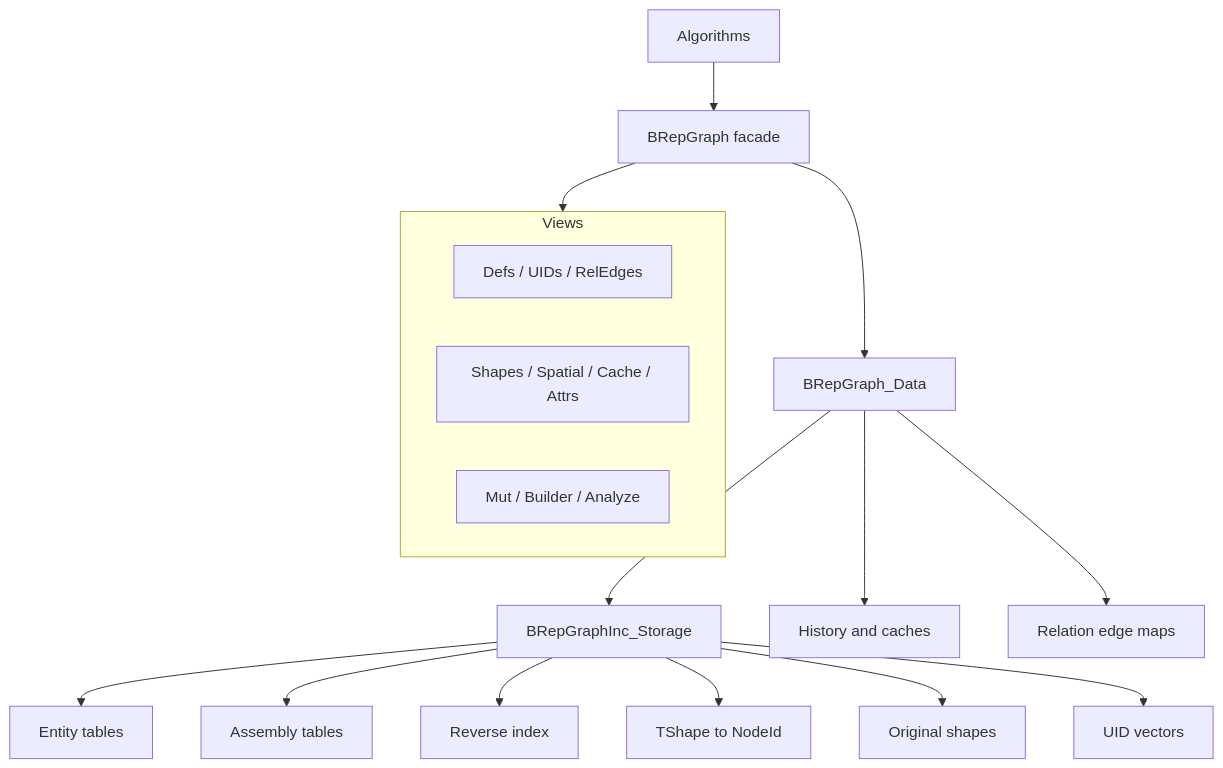
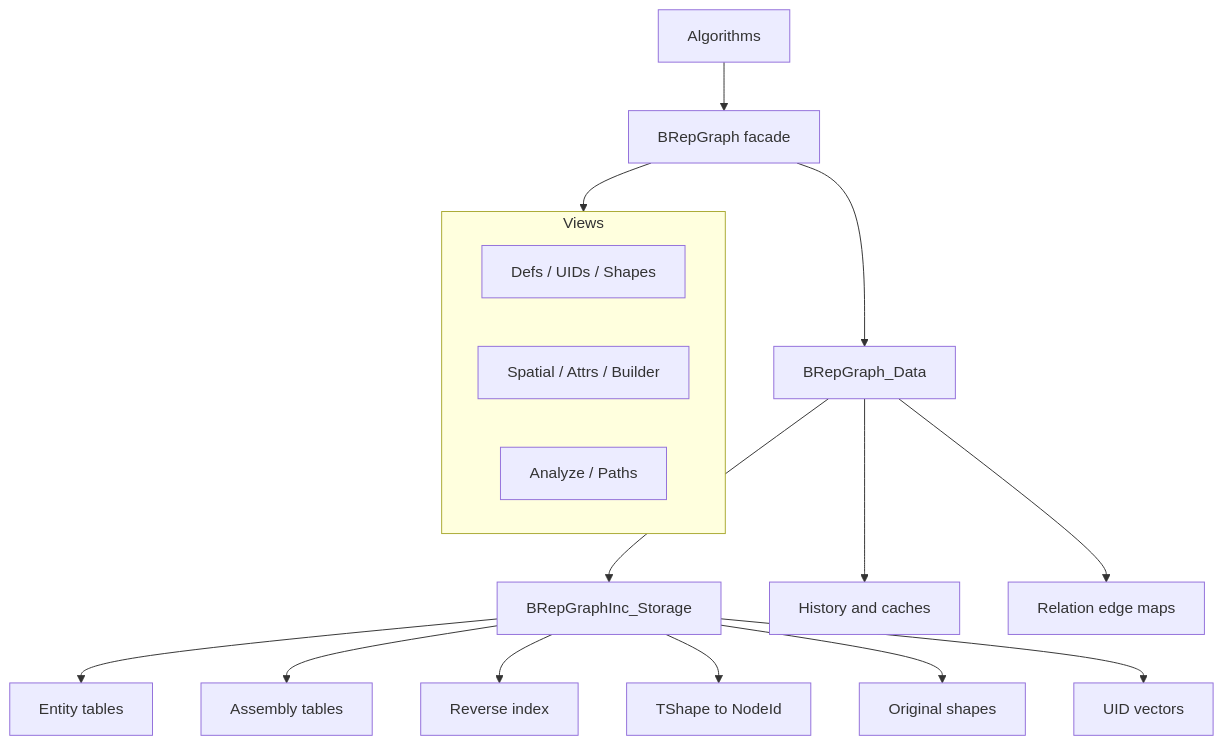
Before and after one commit to Open-Cascade-SAS/OCCT: the first of 4 diagrams in src/ModelingData/TKBRep/BRepGraph/README.md, drawn with Mermaid. The commit also changed other lines of this file and 4 other files, not shown here.

````diff
--- a/src/ModelingData/TKBRep/BRepGraph/README.md
+++ b/src/ModelingData/TKBRep/BRepGraph/README.md
@@ -31,23 +31,23 @@
 ```mermaid
 flowchart TB
   A[Algorithms] --> G[BRepGraph facade]
 
   subgraph Views
-    V1[Defs / UIDs / RelEdges]
-    V2[Shapes / Spatial / Cache / Attrs]
-    V3[Mut / Builder / Analyze]
+    V1[Defs / UIDs / Shapes]
+    V2[Spatial / Attrs / Builder]
+    V3[Analyze / Paths]
   end
 
   G --> Views
   G --> D[BRepGraph_Data]
   D --> S[BRepGraphInc_Storage]
   D --> H[History and caches]
   D --> R[Relation edge maps]
 
   S --> E[Entity tables]
   S --> AS[Assembly tables]
   S --> X[Reverse index]
   S --> T[TShape to NodeId]
   S --> O[Original shapes]
   S --> U[UID vectors]
 ```
````
